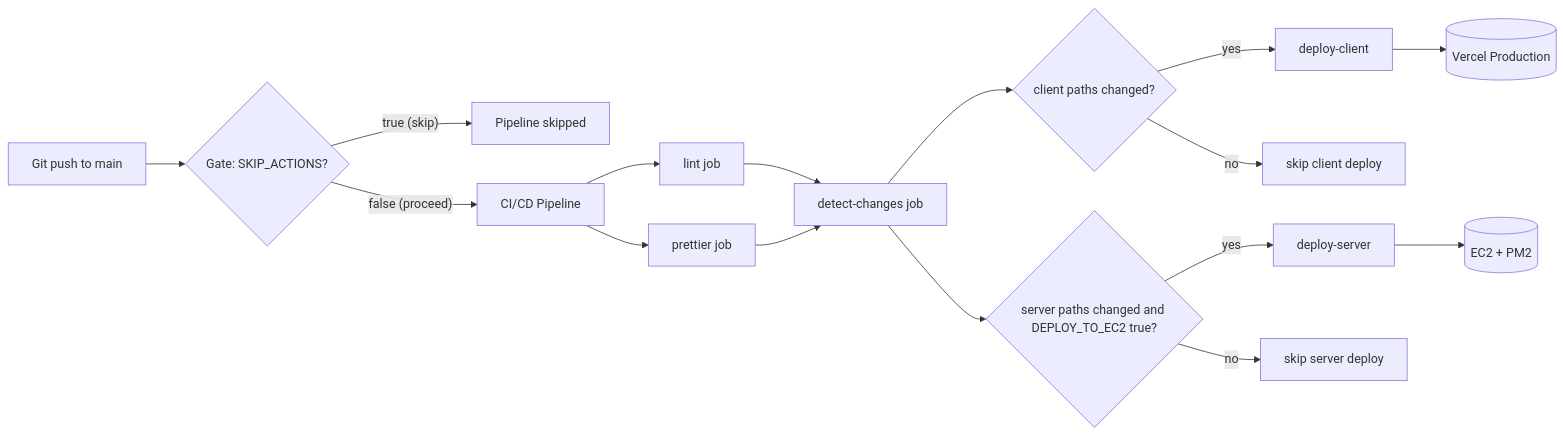
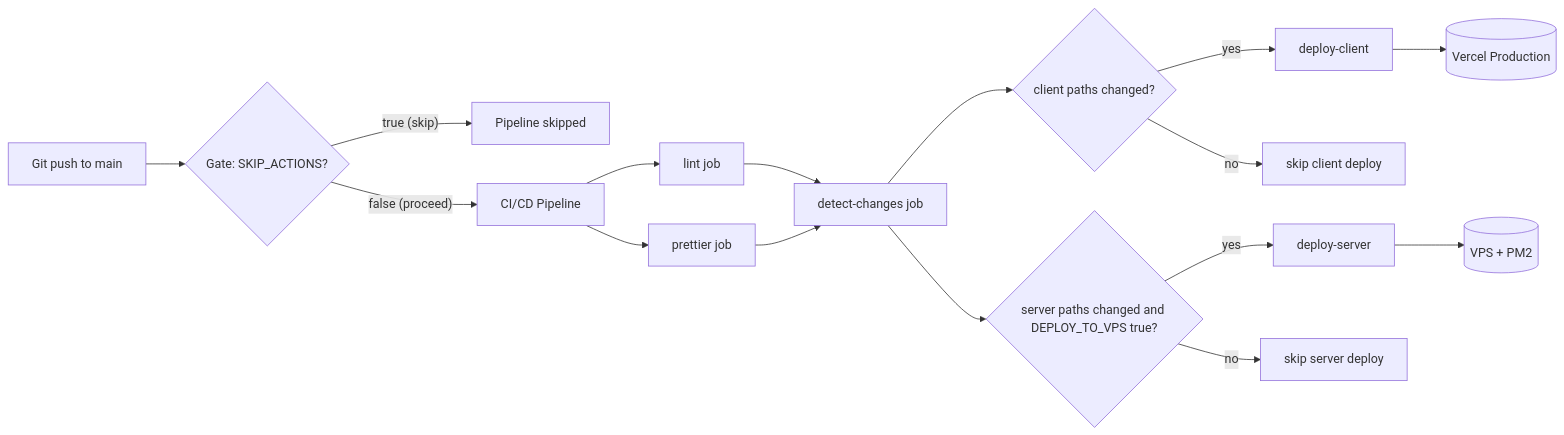
One commit to IamDevTrivedi/Trimium changed the first of 6 diagrams in docs/architecture/CI_CD_PIPELINE_ARCHITECTURE.md. Above: the diagram before and after it, drawn with Mermaid. The commit also changed other lines of this file and 3 other files, not shown here.

````diff
--- a/docs/architecture/CI_CD_PIPELINE_ARCHITECTURE.md
+++ b/docs/architecture/CI_CD_PIPELINE_ARCHITECTURE.md
@@ -20,24 +20,24 @@
 ```mermaid
 flowchart LR
     A[Git push to main] --> B{Gate: SKIP_ACTIONS?}
     B -- "true (skip)" --> Z[Pipeline skipped]
     B -- "false (proceed)" --> C[CI/CD Pipeline]
 
     C --> D[lint job]
     C --> E[prettier job]
 
     D --> F[detect-changes job]
     E --> F
 
     F --> G{client paths changed?}
-    F --> H{server paths changed and DEPLOY_TO_EC2 true?}
+    F --> H{server paths changed and DEPLOY_TO_VPS true?}
 
     G -- yes --> I[deploy-client]
     G -- no --> J[skip client deploy]
 
     H -- yes --> K[deploy-server]
     H -- no --> L[skip server deploy]
 
     I --> M[(Vercel Production)]
-    K --> N[(EC2 + PM2)]
+    K --> N[(VPS + PM2)]
 ```
````
